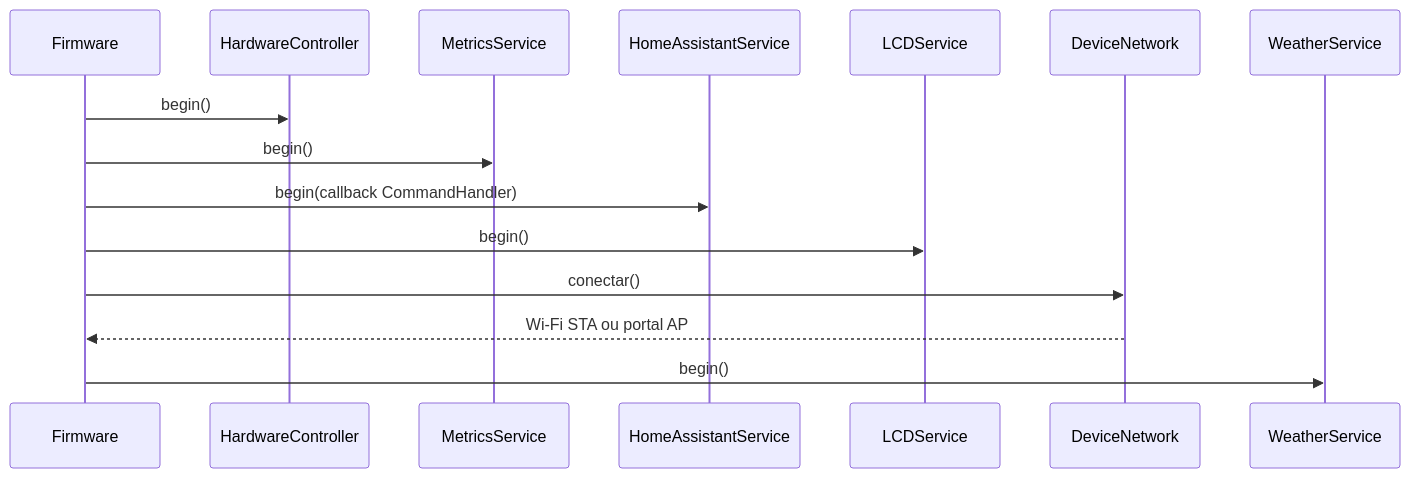
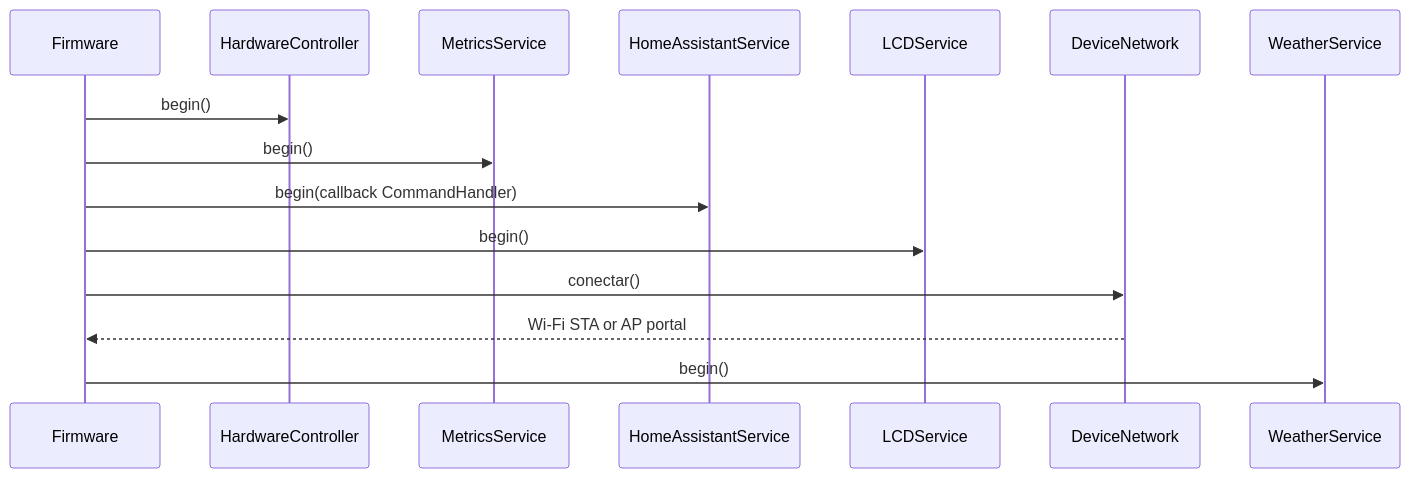
The third of 14 diagrams in README.md (paulocfmarques-collab/M5NanoC6_wifi), drawn with Mermaid before and after one commit. The commit also changed other lines of this file, not shown here.

````diff
--- a/README.md
+++ b/README.md
@@ -123,18 +123,18 @@
 ```mermaid
 sequenceDiagram
     participant FW as Firmware
     participant HW as HardwareController
     participant MET as MetricsService
     participant HA as HomeAssistantService
     participant LCD as LCDService
     participant NET as DeviceNetwork
     participant WEA as WeatherService
 
     FW->>HW: begin()
     FW->>MET: begin()
     FW->>HA: begin(callback CommandHandler)
     FW->>LCD: begin()
     FW->>NET: conectar()
-    NET-->>FW: Wi-Fi STA ou portal AP
+    NET-->>FW: Wi-Fi STA or AP portal
     FW->>WEA: begin()
 ```
````
